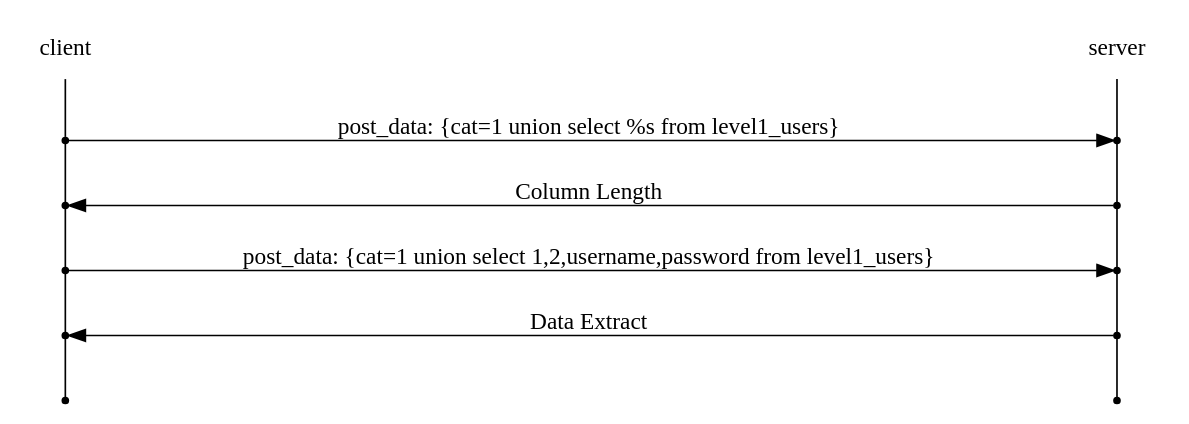
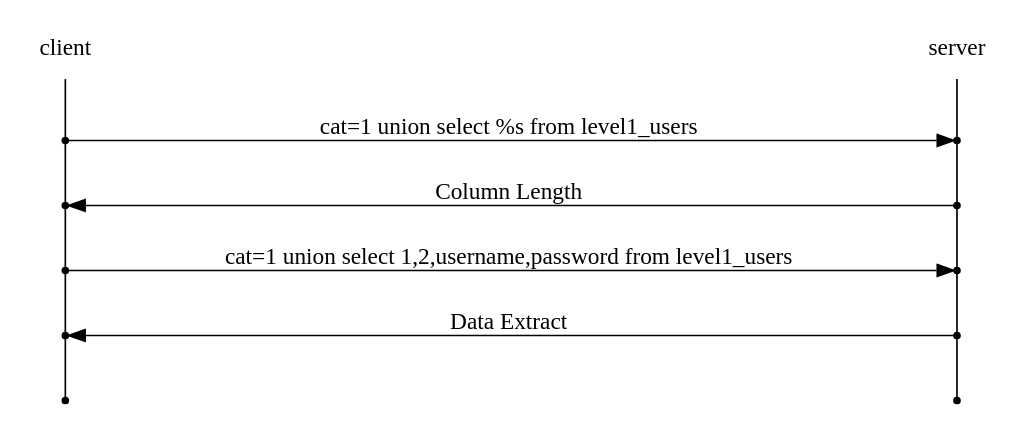
One commit to joizel/ctf_writeup changed the diagram in docs/web/Blind SQL Injection/[redtiger] level1.rst. Above: the diagram before and after it, drawn with Graphviz. The commit also changed other lines of this file and 13 other files, not shown here.

```diff
--- a/docs/web/Blind SQL Injection/[redtiger] level1.rst
+++ b/docs/web/Blind SQL Injection/[redtiger] level1.rst
@@ -7,23 +7,23 @@
 .. graphviz::
 
     digraph G {
         rankdir="LR";
         node[shape="point"];
         edge[arrowhead="none"]
 
         {
             rank="same";
             "client"[shape="plaintext"];
             "client" -> step0 -> step2 -> step4 -> step6 -> step8;
         }
 
         {
             rank="same";
             "server"[shape="plaintext"];
             "server" -> step1 -> step3 -> step5 -> step7 -> step9;
         }
-        step0 -> step1[label="post_data: {cat=1 union select %s from level1_users}",arrowhead="normal"];
+        step0 -> step1[label="cat=1 union select %s from level1_users",arrowhead="normal"];
         step3 -> step2[label="Column Length",arrowhead="normal"];
-        step4 -> step5[label="post_data: {cat=1 union select 1,2,username,password from level1_users}",arrowhead="normal"];
+        step4 -> step5[label="cat=1 union select 1,2,username,password from level1_users",arrowhead="normal"];
         step7 -> step6[label="Data Extract",arrowhead="normal"];
     }
```
